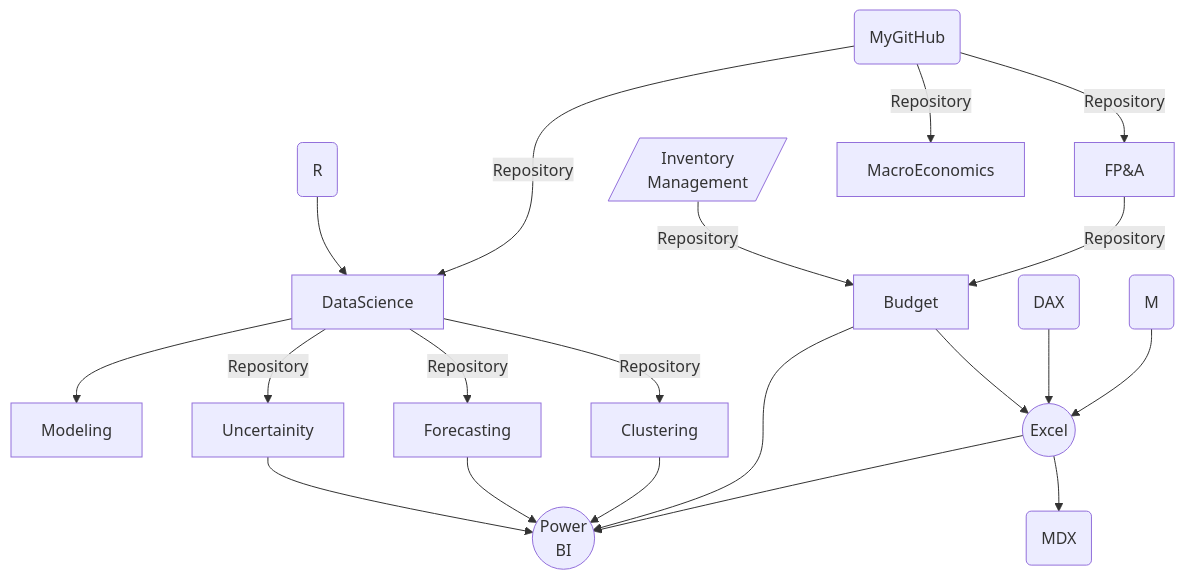
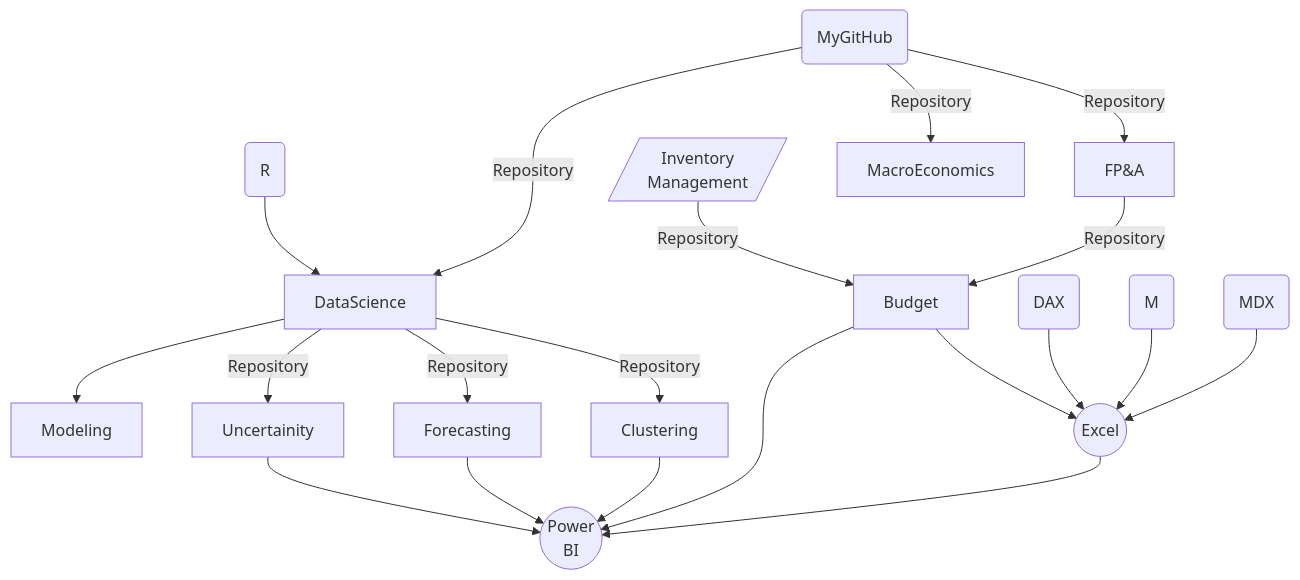
One commit to md3629/md3629 changed the diagram in README.md. Above: the diagram before and after it, drawn with Mermaid.

````diff
--- a/README.md
+++ b/README.md
@@ -9,23 +9,23 @@
 ```mermaid
 graph TD;
     my(MyGitHub)-->|Repository|FP&A;
     Inv[/Inventory<br>Management/]-->|Repository|Budget;
     FP&A-->|Repository|Budget;
     R( R )-->DataScience;
     my(MyGitHub)-->|Repository|DataScience;
     my(MyGitHub)-->|Repository|MacroEconomics;
     DataScience-->Modeling;
     DataScience--Repository-->Forecasting;
     DataScience--Repository-->Clustering;
     DataScience--Repository-->Uncertainity;
     Uncertainity-->P((Power<br>BI));
     Forecasting-->P((Power<br>BI));
     Clustering-->P((Power<br>BI));
     Budget-->P((Power<br>BI));
     Budget-->E((Excel));
     D(DAX)-->E((Excel));
     M(M)-->E((Excel));
     E((Excel))-->P((Power<br>BI));
-    E((Excel))-->A(MDX);
+    A(MDX)-->E((Excel));
 
 ```
````
